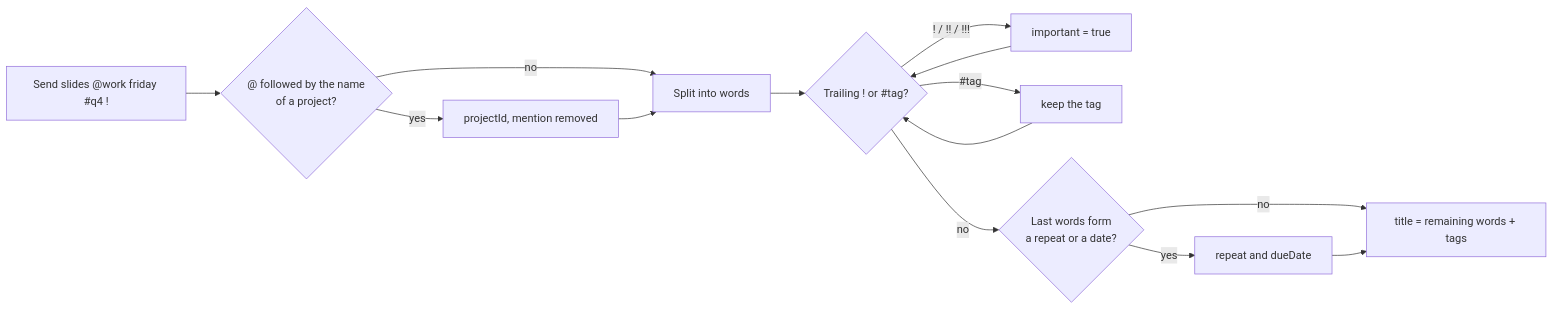
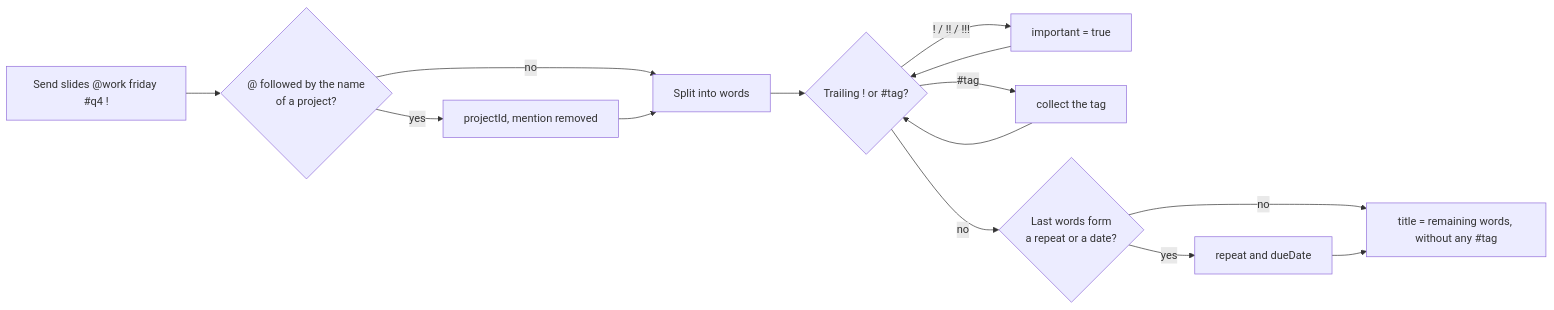
One commit to sacrificed666/react-todo-app changed the seventh of 10 diagrams in docs/architecture.md. Above: the diagram before and after it, drawn with Mermaid. The commit also changed other lines of this file and 50 other files, not shown here.

````diff
--- a/docs/architecture.md
+++ b/docs/architecture.md
@@ -298,16 +299,16 @@
 ```mermaid
 flowchart LR
   Input["Send slides @work friday #q4 !"] --> Mention{"@ followed by the name<br/>of a project?"}
   Mention -- yes --> Project[projectId, mention removed]
   Mention -- no --> Tokens
   Project --> Tokens[Split into words]
   Tokens --> Trailing{"Trailing ! or #tag?"}
   Trailing -- "! / !! / !!!" --> Important[important = true]
-  Trailing -- "#tag" --> Tags[keep the tag]
+  Trailing -- "#tag" --> Tags[collect the tag]
   Trailing -- no --> Phrase{"Last words form<br/>a repeat or a date?"}
   Important --> Trailing
   Tags --> Trailing
   Phrase -- yes --> Due[repeat and dueDate]
   Phrase -- no --> Title
-  Due --> Title["title = remaining words + tags"]
+  Due --> Title["title = remaining words, without any #tag"]
 ```
````
